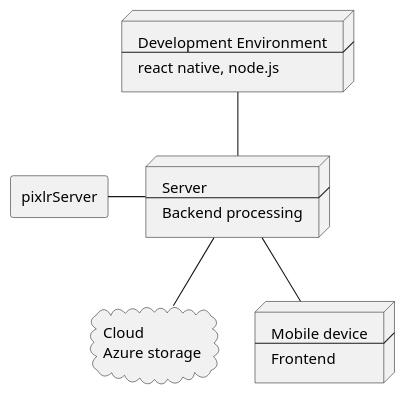
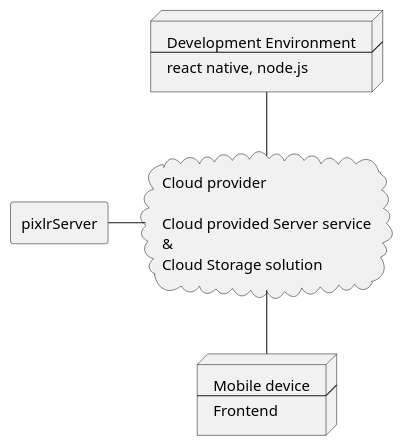
One commit to CMarquetand/swarc-material changed the diagram in uml/deploymentView.plantuml. Above: the diagram before and after it, drawn with PlantUML. The commit also changed 4 other files, not shown here.

```diff
--- a/uml/deploymentView.plantuml
+++ b/uml/deploymentView.plantuml
@@ -1,31 +1,29 @@
 @startuml deplomentView1
 
-cloud cloudStorage [
-    Cloud  
-    Azure storage
-]
+
 agent pixlrServer
 node MobileDevice [
 Mobile device
 ----
 Frontend
 ]
 
-node Server [
-Server
-----
-Backend processing
+cloud Server [
+Cloud provider
+   
+Cloud provided Server service
+&
+Cloud Storage solution
 ]
 
 node DevelopmentEnvironment [
 Development Environment
 ----
 react native, node.js
 ]
 
 MobileDevice -up- Server
 DevelopmentEnvironment -- Server
-Server -down- cloudStorage
 pixlrServer - Server
 
 @enduml
```
